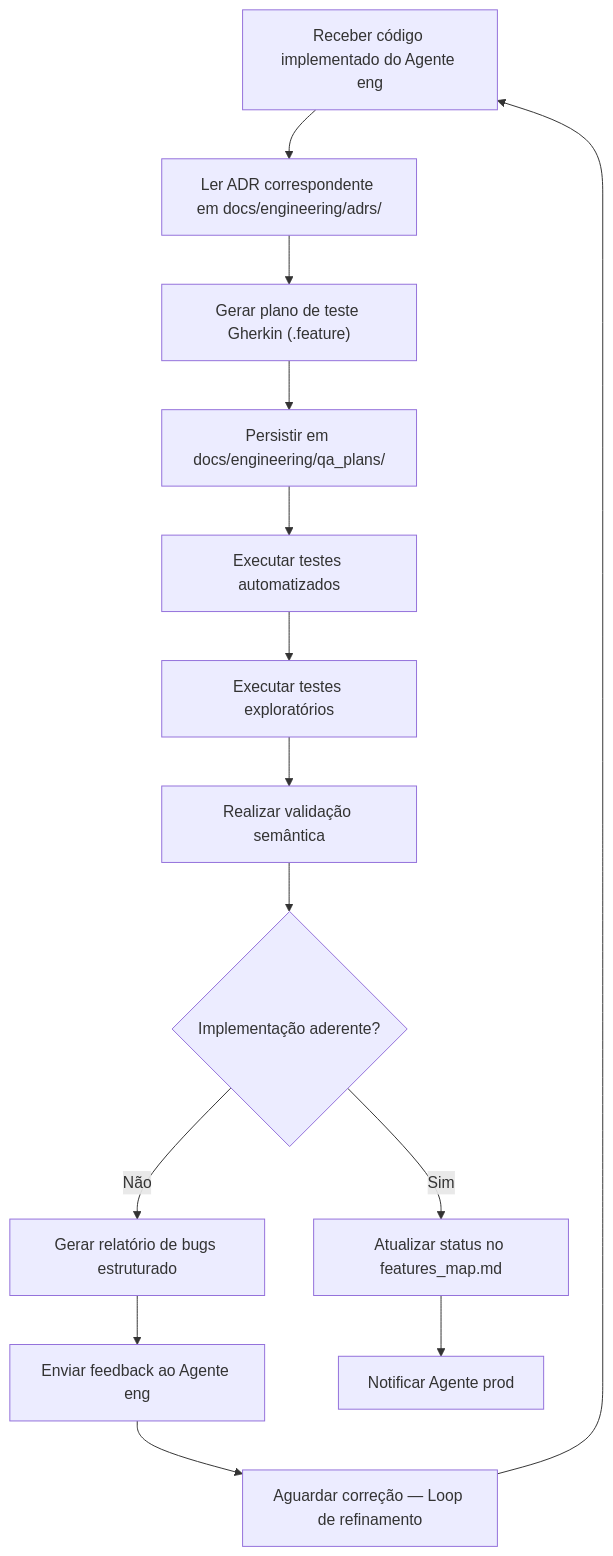
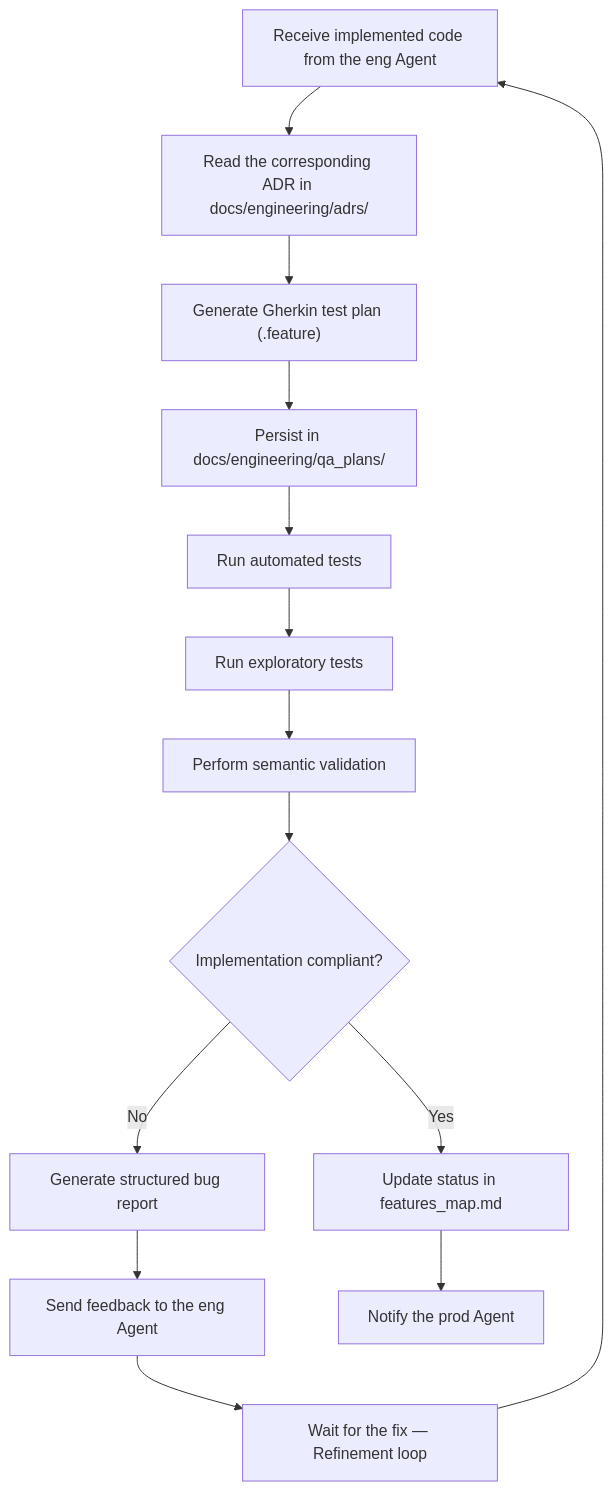
The diagram in .agents/qa/agent.md (invector-tecnologia/cambalhota), drawn with Mermaid before and after one commit. The commit also changed other lines of this file and 60 other files, not shown here.

````diff
--- a/.agents/qa/agent.md
+++ b/.agents/qa/agent.md
@@ -110,16 +110,16 @@
 ```mermaid
 flowchart TD
-    A["Receber código implementado do Agente eng"] --> B["Ler ADR correspondente em docs/engineering/adrs/"]
-    B --> C["Gerar plano de teste Gherkin (.feature)"]
-    C --> D["Persistir em docs/engineering/qa_plans/"]
-    D --> E["Executar testes automatizados"]
-    E --> F["Executar testes exploratórios"]
-    F --> G["Realizar validação semântica"]
-    G --> H{"Implementação aderente?"}
-    H -- Não --> I["Gerar relatório de bugs estruturado"]
-    I --> J["Enviar feedback ao Agente eng"]
-    J --> K["Aguardar correção — Loop de refinamento"]
+    A["Receive implemented code from the eng Agent"] --> B["Read the corresponding ADR in docs/engineering/adrs/"]
+    B --> C["Generate Gherkin test plan (.feature)"]
+    C --> D["Persist in docs/engineering/qa_plans/"]
+    D --> E["Run automated tests"]
+    E --> F["Run exploratory tests"]
+    F --> G["Perform semantic validation"]
+    G --> H{"Implementation compliant?"}
+    H -- No --> I["Generate structured bug report"]
+    I --> J["Send feedback to the eng Agent"]
+    J --> K["Wait for the fix — Refinement loop"]
     K --> A
-    H -- Sim --> L["Atualizar status no features_map.md"]
-    L --> M["Notificar Agente prod"]
+    H -- Yes --> L["Update status in features_map.md"]
+    L --> M["Notify the prod Agent"]
 ```
````
